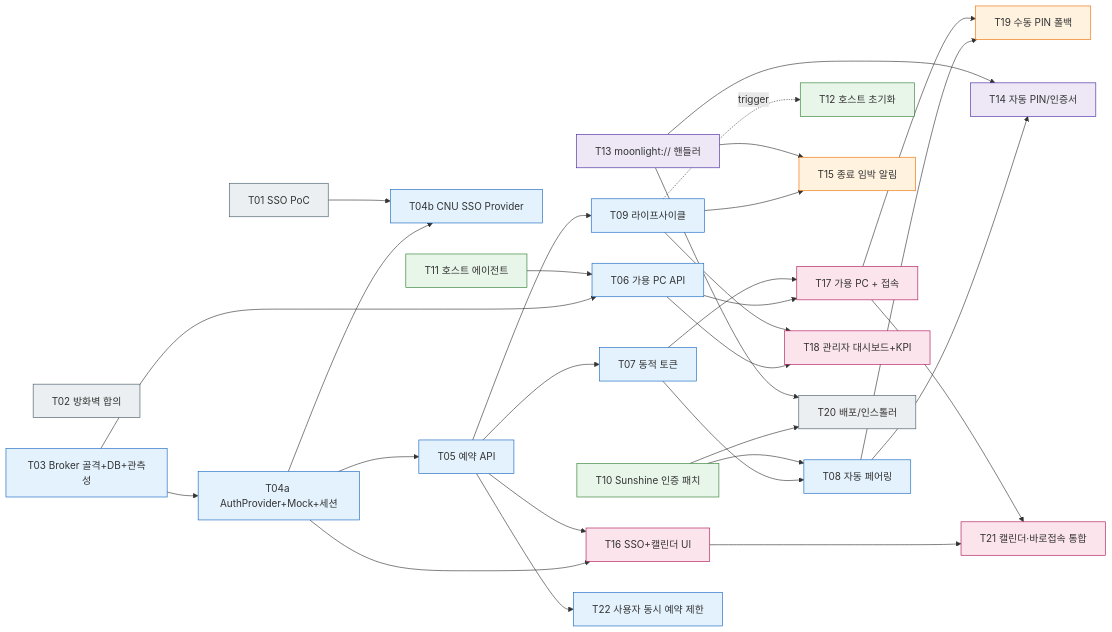
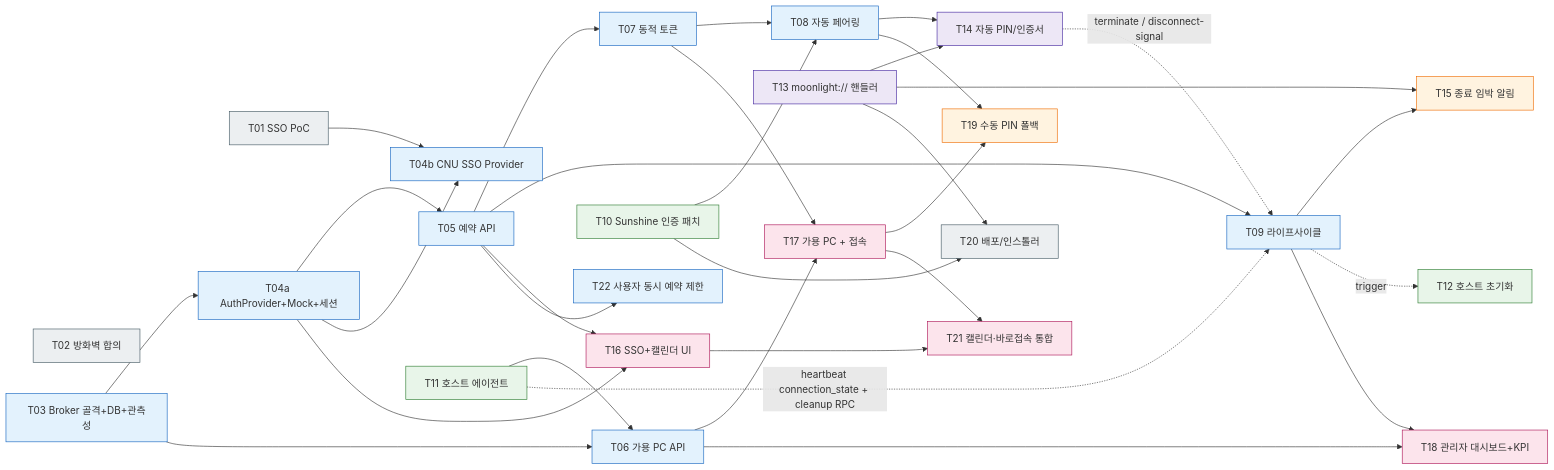
One commit to KITOHSY/SmartClassroom changed the diagram in EXP.md. Above: the diagram before and after it, drawn with Mermaid. The commit also changed other lines of this file and 1 other file, not shown here.

Commit message:
Cleanup/GracePeriod 계획반영

````diff
--- a/EXP.md
+++ b/EXP.md
@@ -458,58 +524,60 @@
 ```mermaid
 flowchart LR
     T01[T01 SSO PoC]:::ext
     T02[T02 방화벽 합의]:::ext
     T03[T03 Broker 골격+DB+관측성]:::be
     T04a[T04a AuthProvider+Mock+세션]:::be
     T04b[T04b CNU SSO Provider]:::be
     T05[T05 예약 API]:::be
     T06[T06 가용 PC API]:::be
     T07[T07 동적 토큰]:::be
     T08[T08 자동 페어링]:::be
     T09[T09 라이프사이클]:::be
     T10[T10 Sunshine 인증 패치]:::host
     T11[T11 호스트 에이전트]:::host
     T12[T12 호스트 초기화]:::host
     T13[T13 moonlight:// 핸들러]:::cli
     T14[T14 자동 PIN/인증서]:::cli
     T15[T15 종료 임박 알림]:::full
     T16[T16 SSO+캘린더 UI]:::fe
     T17[T17 가용 PC + 접속]:::fe
     T18[T18 관리자 대시보드+KPI]:::fe
     T19[T19 수동 PIN 폴백]:::full
     T20[T20 배포/인스톨러]:::ext
     T21[T21 캘린더·바로접속 통합]:::fe
     T22[T22 사용자 동시 예약 제한]:::be
 
     T03 --> T04a --> T05 --> T07 --> T08
     T04a --> T04b
     T01 --> T04b
     T03 --> T06
     T11 --> T06
     T08 --> T14
     T13 --> T14
     T10 --> T08
     T05 --> T09 --> T15
     T13 --> T15
     T08 --> T19
     T17 --> T19
     T09 -. trigger .-> T12
+    T11 -. heartbeat connection_state + cleanup RPC .-> T09
+    T14 -. terminate / disconnect-signal .-> T09
     T04a --> T16
     T05 --> T16
     T06 --> T17
     T07 --> T17
     T16 --> T21
     T17 --> T21
     T05 --> T22
     T06 --> T18
     T09 --> T18
     T10 --> T20
     T13 --> T20
 
     classDef be fill:#e3f2fd,stroke:#1565c0
     classDef fe fill:#fce4ec,stroke:#ad1457
     classDef full fill:#fff3e0,stroke:#ef6c00
     classDef host fill:#e8f5e9,stroke:#2e7d32
     classDef cli fill:#ede7f6,stroke:#4527a0
     classDef ext fill:#eceff1,stroke:#455a64
 ```
````
